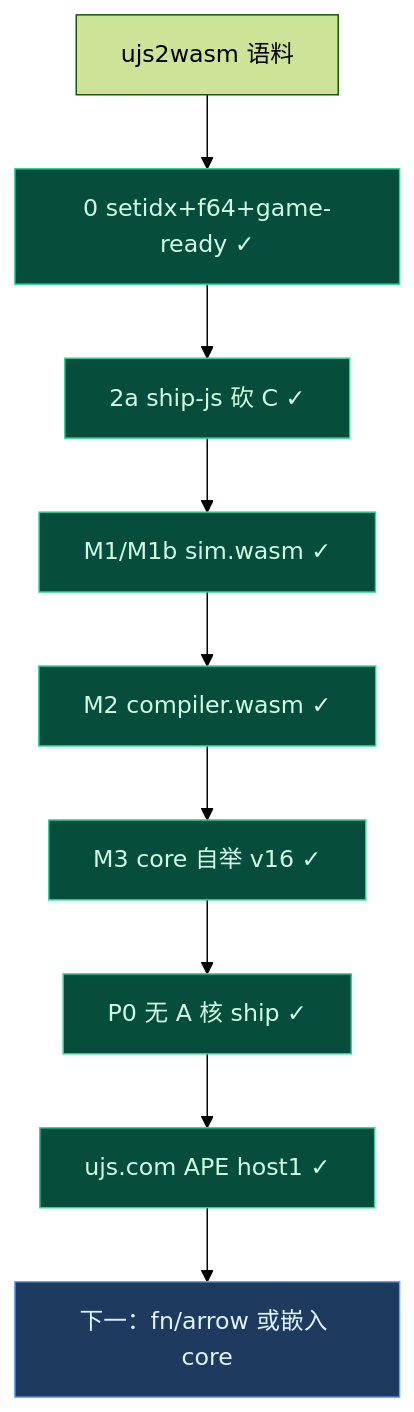
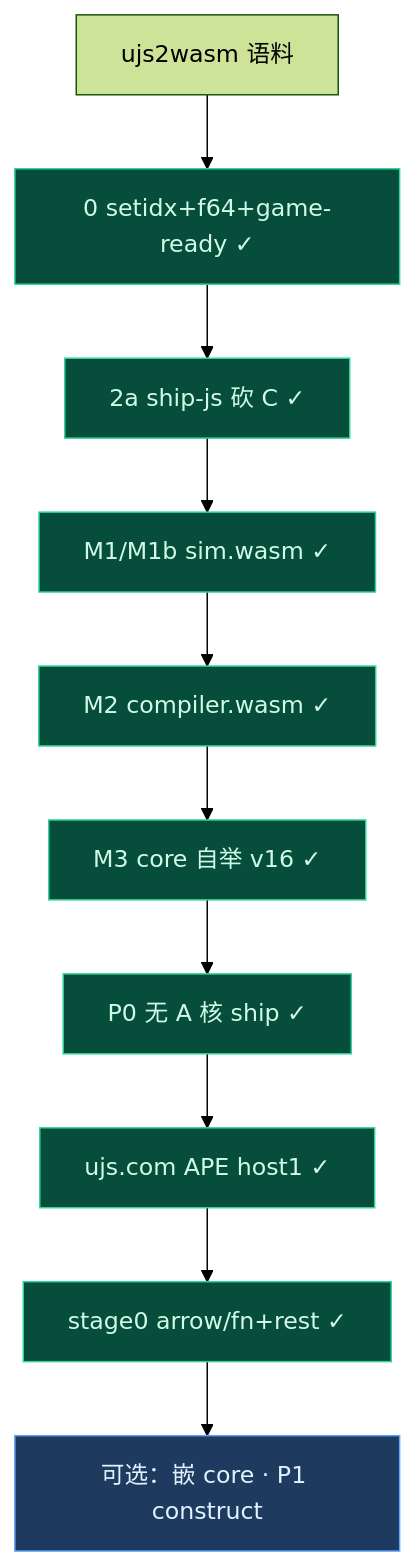
The fifth of 6 diagrams in ujs/prd.md (partnernetsoftware/unisacc), drawn with Mermaid (forest theme) before and after one commit. The commit also changed other lines of this file and 5 other files, not shown here.

First line of the commit message:
Teach stage0 host arrows and function+rest via call-site inline.

````diff
--- a/ujs/prd.md
+++ b/ujs/prd.md
@@ -591,16 +591,17 @@
 ```mermaid
 flowchart TD
     U2W["ujs2wasm 语料"] --> E0["0 setidx+f64+game-ready ✓"]
     E0 --> SJS["2a ship-js 砍 C ✓"]
     SJS --> M1["M1/M1b sim.wasm ✓"]
     M1 --> M2["M2 compiler.wasm ✓"]
     M2 --> M3["M3 core 自举 v16 ✓"]
     M3 --> P0["P0 无 A 核 ship ✓"]
     P0 --> HOST["ujs.com APE host1 ✓"]
-    HOST --> NEXT["下一：fn/arrow 或嵌入 core"]
+    HOST --> FN["stage0 arrow/fn+rest ✓"]
+    FN --> NEXT["可选：嵌 core · P1 construct"]
 
     classDef now fill:#064e3b,stroke:#34d399,color:#d1fae5
     classDef next fill:#1e3a5f,stroke:#60a5fa,color:#e0f2fe
-    class E0,SJS,M1,M2,M3,P0,HOST now
+    class E0,SJS,M1,M2,M3,P0,HOST,FN now
     class NEXT next
 ```
````
